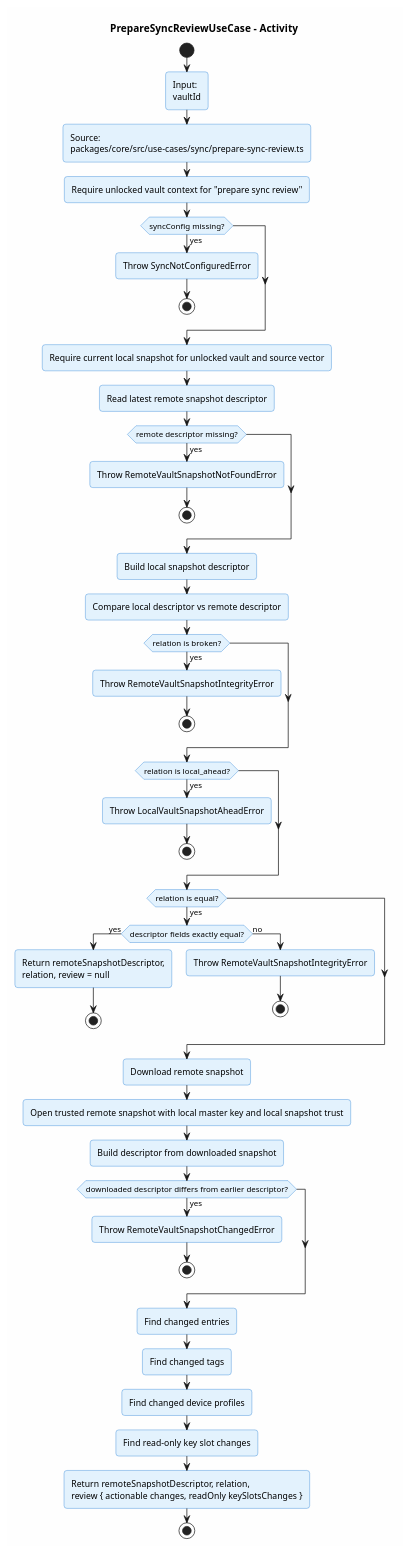
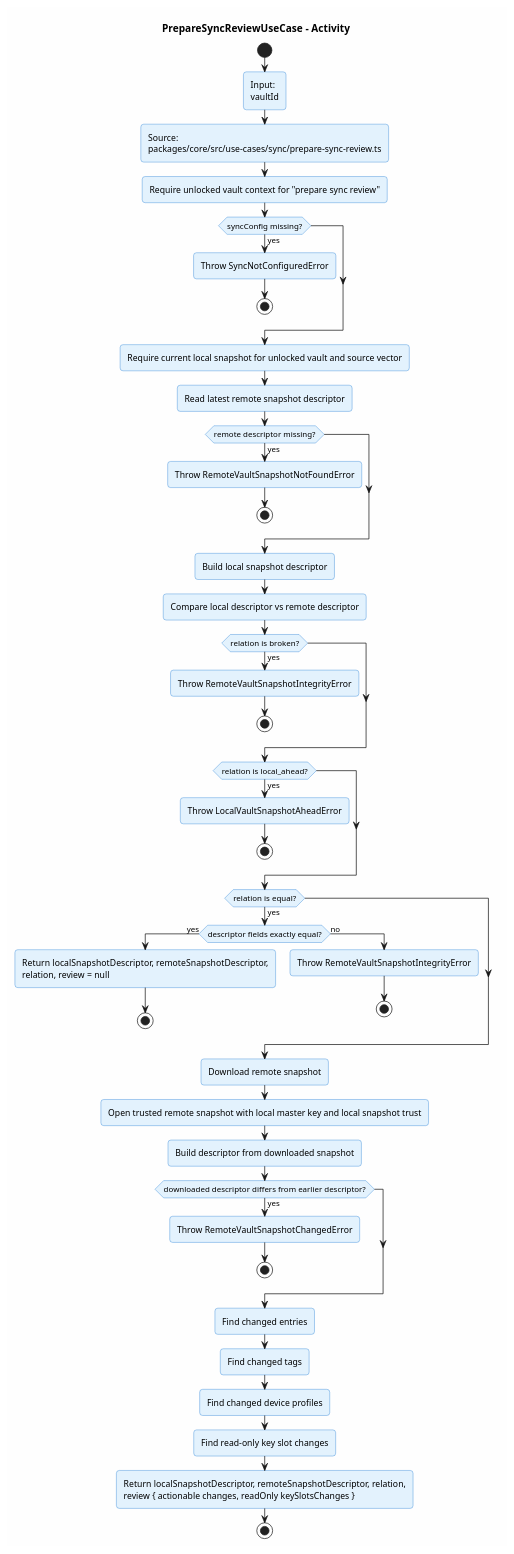
One commit to ArionStudio/engr-serverless-pm changed the diagram in docs/v1/use-case/sync/prepare-sync-review.activity.puml. Above: the diagram before and after it, drawn with PlantUML. The commit also changed 28 other files, not shown here.

```diff
--- a/docs/v1/use-case/sync/prepare-sync-review.activity.puml
+++ b/docs/v1/use-case/sync/prepare-sync-review.activity.puml
@@ -1,62 +1,62 @@
 @startuml prepare-sync-review-activity
 title PrepareSyncReviewUseCase - Activity
 
 skinparam backgroundColor #FEFEFE
 skinparam roundcorner 8
 skinparam shadowing false
 skinparam activity {
   BackgroundColor #E3F2FD
   BorderColor #1976D2
 }
 
 start
 :Input:\nvaultId;
 :Source:\npackages/core/src/use-cases/sync/prepare-sync-review.ts;
 :Require unlocked vault context for "prepare sync review";
 if (syncConfig missing?) then (yes)
   :Throw SyncNotConfiguredError;
   stop
 endif
 
 :Require current local snapshot for unlocked vault and source vector;
 :Read latest remote snapshot descriptor;
 if (remote descriptor missing?) then (yes)
   :Throw RemoteVaultSnapshotNotFoundError;
   stop
 endif
 
 :Build local snapshot descriptor;
 :Compare local descriptor vs remote descriptor;
 if (relation is broken?) then (yes)
   :Throw RemoteVaultSnapshotIntegrityError;
   stop
 endif
 if (relation is local_ahead?) then (yes)
   :Throw LocalVaultSnapshotAheadError;
   stop
 endif
 if (relation is equal?) then (yes)
   if (descriptor fields exactly equal?) then (yes)
-    :Return remoteSnapshotDescriptor,\nrelation, review = null;
+    :Return localSnapshotDescriptor, remoteSnapshotDescriptor,\nrelation, review = null;
     stop
   else (no)
     :Throw RemoteVaultSnapshotIntegrityError;
     stop
   endif
 endif
 
 :Download remote snapshot;
 :Open trusted remote snapshot with local master key and local snapshot trust;
 :Build descriptor from downloaded snapshot;
 if (downloaded descriptor differs from earlier descriptor?) then (yes)
   :Throw RemoteVaultSnapshotChangedError;
   stop
 endif
 
 :Find changed entries;
 :Find changed tags;
 :Find changed device profiles;
 :Find read-only key slot changes;
-:Return remoteSnapshotDescriptor, relation,\nreview { actionable changes, readOnly keySlotsChanges };
+:Return localSnapshotDescriptor, remoteSnapshotDescriptor, relation,\nreview { actionable changes, readOnly keySlotsChanges };
 stop
 @enduml
```
